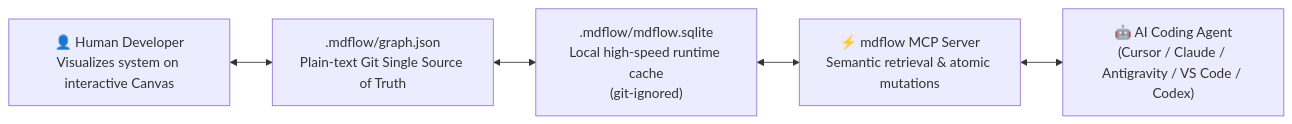
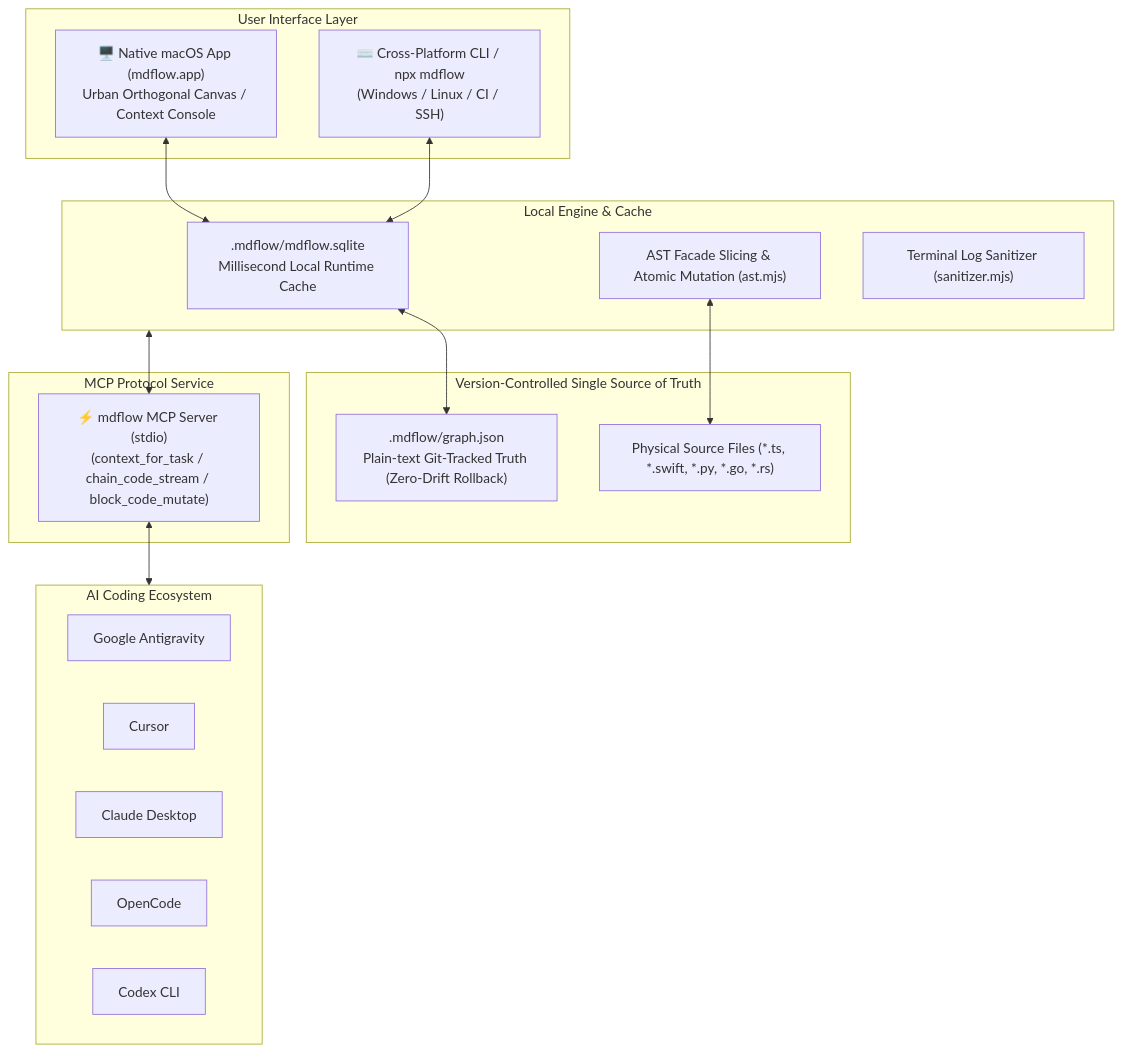
One commit to yubinbin32-ops/Mdflow changed the diagram in README.md. Above: the diagram before and after it, drawn with Mermaid. The commit also changed other lines of this file and 3 other files, not shown here.

Commit message:
docs(readme): redesign documentation focusing on native macOS app, live benchmark metrics, and headless npx workflow; update settings to replace vscode with antigravity (checkpoint:docs-app-focus-antigravity)

````diff
--- a/README.md
+++ b/README.md
@@ -40,7 +194,37 @@
 ```mermaid
-flowchart LR
-  Human["👤 Human Developer\nVisualizes system on interactive Canvas"] <--> Project[".mdflow/graph.json\nPlain-text Git Single Source of Truth"]
-  Project <--> SQLite[".mdflow/mdflow.sqlite\nLocal high-speed runtime cache\n(git-ignored)"]
-  SQLite <--> MCP["⚡ mdflow MCP Server\nSemantic retrieval & atomic mutations"]
-  MCP <--> AI["🤖 AI Coding Agent\n(Cursor / Claude / Antigravity / VS Code / Codex)"]
+flowchart TD
+  subgraph UserInterface["User Interface Layer"]
+    Desktop["🖥️ Native macOS App (mdflow.app)\nUrban Orthogonal Canvas / Context Console"]
+    CLI["⌨️ Cross-Platform CLI / npx mdflow\n(Windows / Linux / CI / SSH)"]
+  end
+
+  subgraph TruthLayer["Version-Controlled Single Source of Truth"]
+    GraphJson[".mdflow/graph.json\nPlain-text Git-Tracked Truth (Zero-Drift Rollback)"]
+    SourceCode["Physical Source Files (*.ts, *.swift, *.py, *.go, *.rs)"]
+  end
+
+  subgraph EngineLayer["Local Engine & Cache"]
+    SQLite[".mdflow/mdflow.sqlite\nMillisecond Local Runtime Cache"]
+    ASTEngine["AST Facade Slicing & Atomic Mutation (ast.mjs)"]
+    Sanitizer["Terminal Log Sanitizer (sanitizer.mjs)"]
+  end
+
+  subgraph MCPService["MCP Protocol Service"]
+    MCPServer["⚡ mdflow MCP Server (stdio)\n(context_for_task / chain_code_stream / block_code_mutate)"]
+  end
+
+  subgraph AIAgents["AI Coding Ecosystem"]
+    Antigravity["Google Antigravity"]
+    Cursor["Cursor"]
+    Claude["Claude Desktop"]
+    OpenCode["OpenCode"]
+    Codex["Codex CLI"]
+  end
+
+  Desktop <--> SQLite
+  CLI <--> SQLite
+  SQLite <--> GraphJson
+  ASTEngine <--> SourceCode
+  EngineLayer <--> MCPServer
+  MCPServer <--> AIAgents
 ```
````
